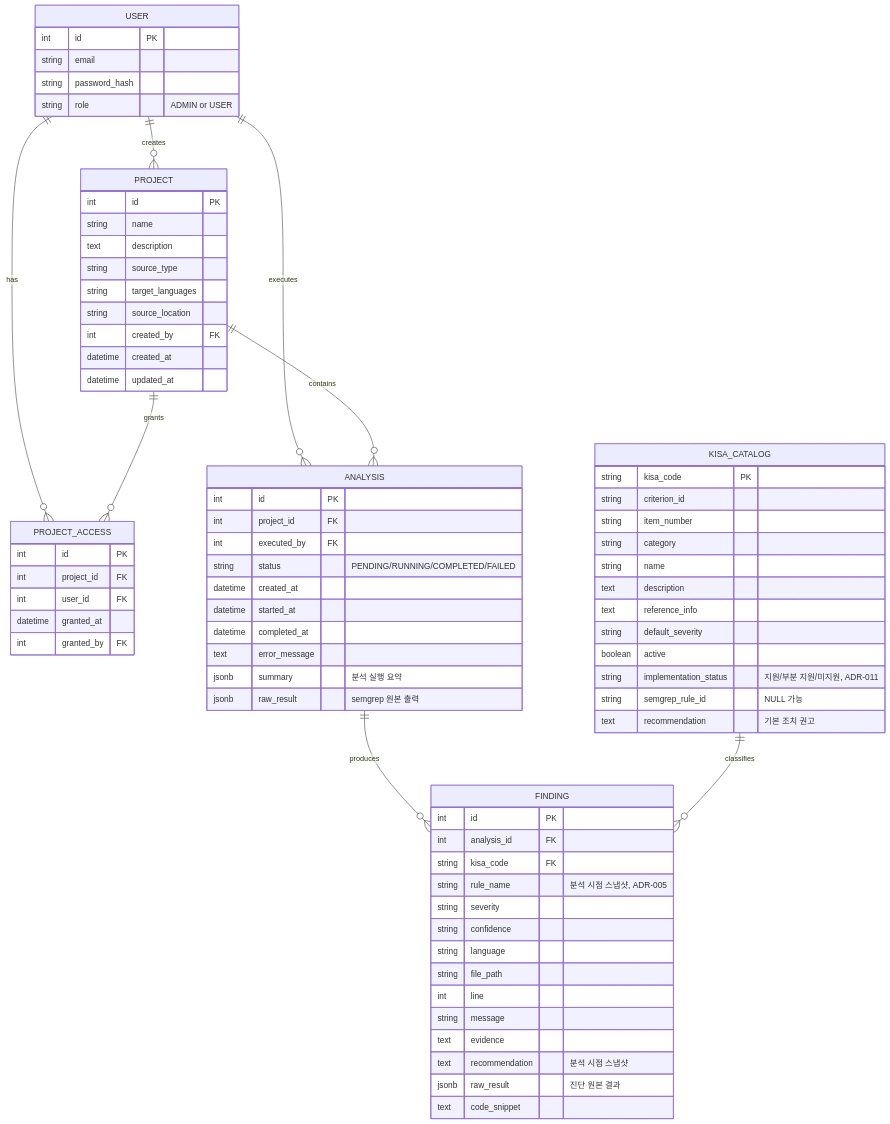
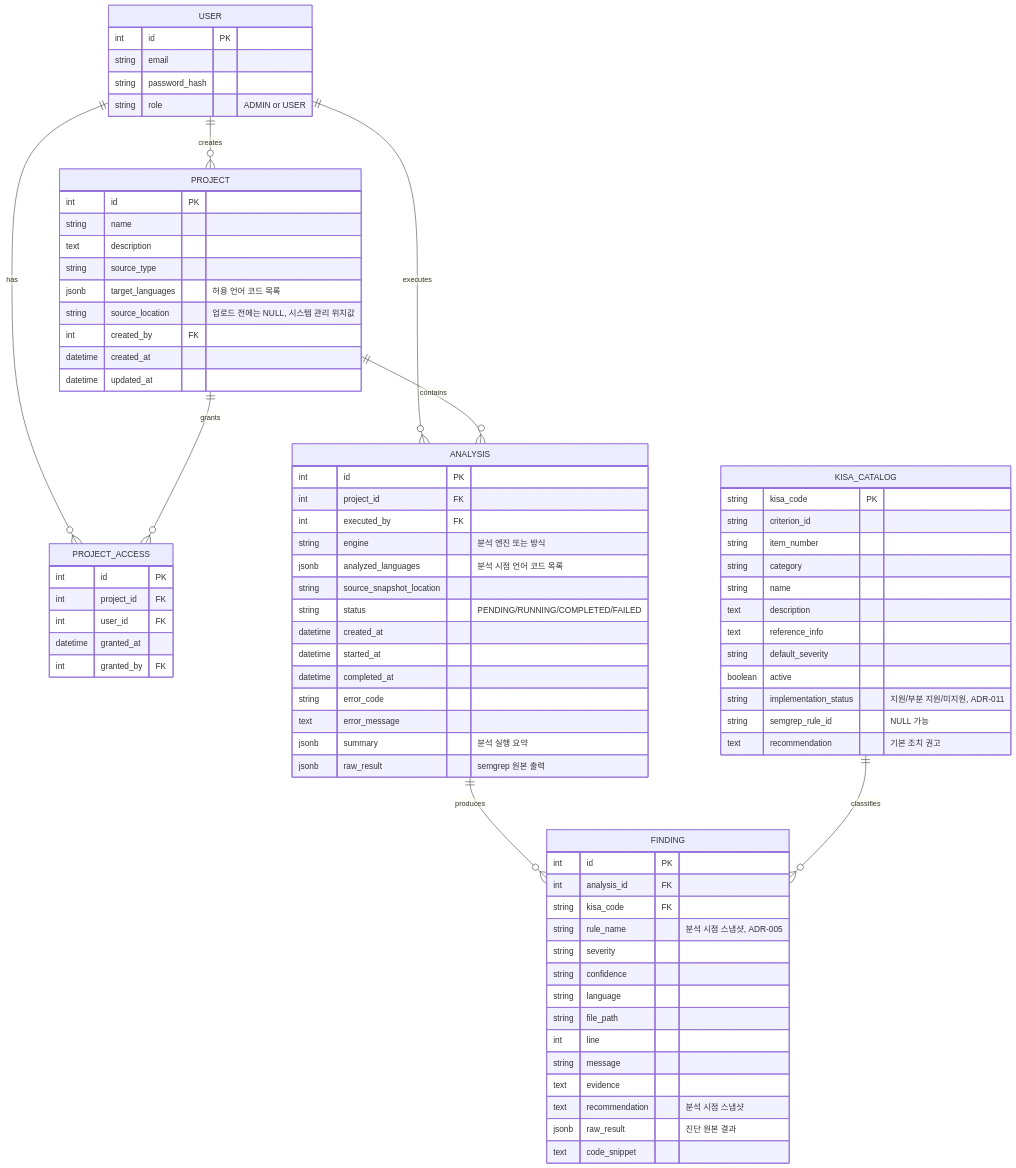
Before and after one commit to nYeonG4001/secscan: the diagram in docs/erd.md, drawn with Mermaid. The commit also changed other lines of this file and 12 other files, not shown here.

````diff
--- a/docs/erd.md
+++ b/docs/erd.md
@@ -5,77 +5,81 @@
 ```mermaid
 erDiagram
     USER ||--o{ PROJECT : creates
     USER ||--o{ PROJECT_ACCESS : has
     USER ||--o{ ANALYSIS : executes
     PROJECT ||--o{ PROJECT_ACCESS : grants
     PROJECT ||--o{ ANALYSIS : contains
     ANALYSIS ||--o{ FINDING : produces
     KISA_CATALOG ||--o{ FINDING : classifies
 
     USER {
         int id PK
         string email
         string password_hash
         string role "ADMIN or USER"
     }
     PROJECT {
         int id PK
         string name
         text description
         string source_type
-        string target_languages
-        string source_location
+        jsonb target_languages "허용 언어 코드 목록"
+        string source_location "업로드 전에는 NULL, 시스템 관리 위치값"
         int created_by FK
         datetime created_at
         datetime updated_at
     }
     PROJECT_ACCESS {
         int id PK
         int project_id FK
         int user_id FK
         datetime granted_at
         int granted_by FK
     }
     ANALYSIS {
         int id PK
         int project_id FK
         int executed_by FK
+        string engine "분석 엔진 또는 방식"
+        jsonb analyzed_languages "분석 시점 언어 코드 목록"
+        string source_snapshot_location
         string status "PENDING/RUNNING/COMPLETED/FAILED"
         datetime created_at
         datetime started_at
         datetime completed_at
+        string error_code
         text error_message
         jsonb summary "분석 실행 요약"
         jsonb raw_result "semgrep 원본 출력"
     }
     FINDING {
         int id PK
         int analysis_id FK
         string kisa_code FK
         string rule_name "분석 시점 스냅샷, ADR-005"
         string severity
         string confidence
         string language
         string file_path
         int line
         string message
         text evidence
         text recommendation "분석 시점 스냅샷"
         jsonb raw_result "진단 원본 결과"
         text code_snippet
     }
     KISA_CATALOG {
         string kisa_code PK
         string criterion_id
         string item_number
         string category
         string name
         text description
         text reference_info
         string default_severity
         boolean active
         string implementation_status "지원/부분 지원/미지원, ADR-011"
         string semgrep_rule_id "NULL 가능"
         text recommendation "기본 조치 권고"
     }
 ```
````
